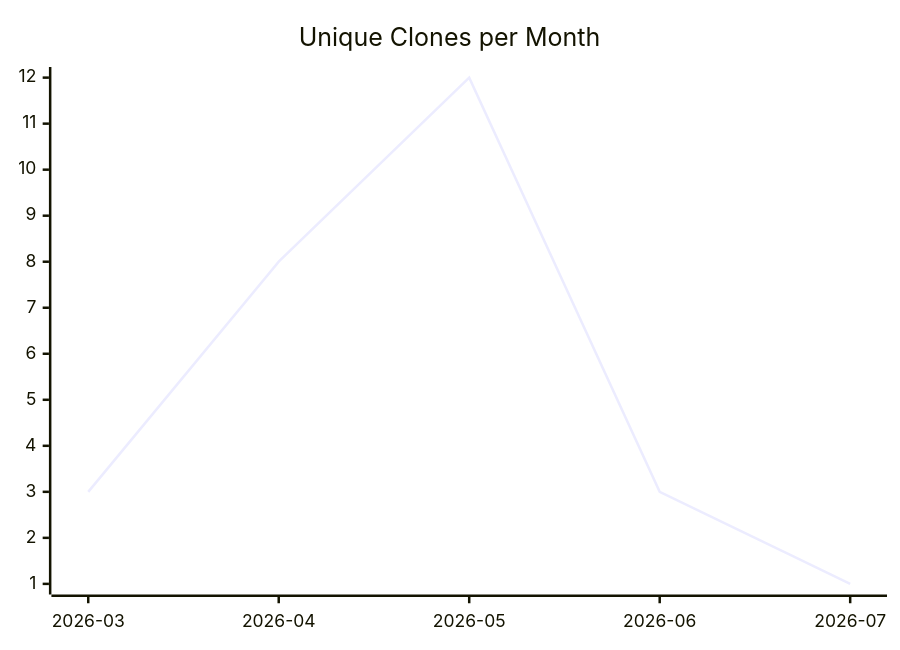
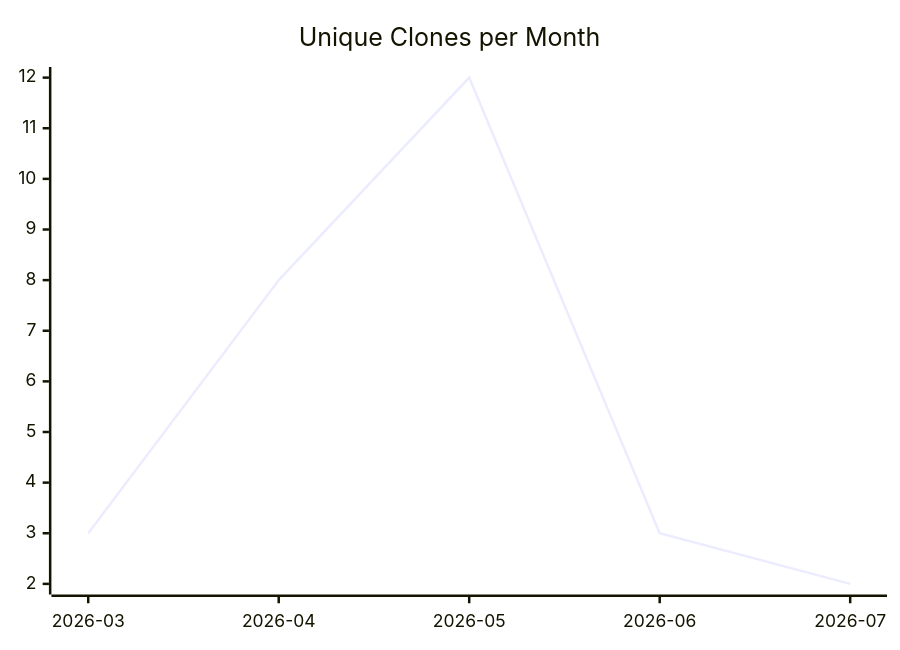
The third of 3 diagrams in karlmdavis/puppet-sonar/README.md (justdavis-family/github-analytics-data), drawn with Mermaid before and after one commit. The commit also changed other lines of this file and 182 other files, not shown here.

````diff
--- a/karlmdavis/puppet-sonar/README.md
+++ b/karlmdavis/puppet-sonar/README.md
@@ -19,6 +19,6 @@
 ```mermaid
 xychart-beta
   title "Unique Clones per Month"
   x-axis ["2026-03", "2026-04", "2026-05", "2026-06", "2026-07"]
-  line [3, 8, 12, 3, 1]
+  line [3, 8, 12, 3, 2]
 ```
````
